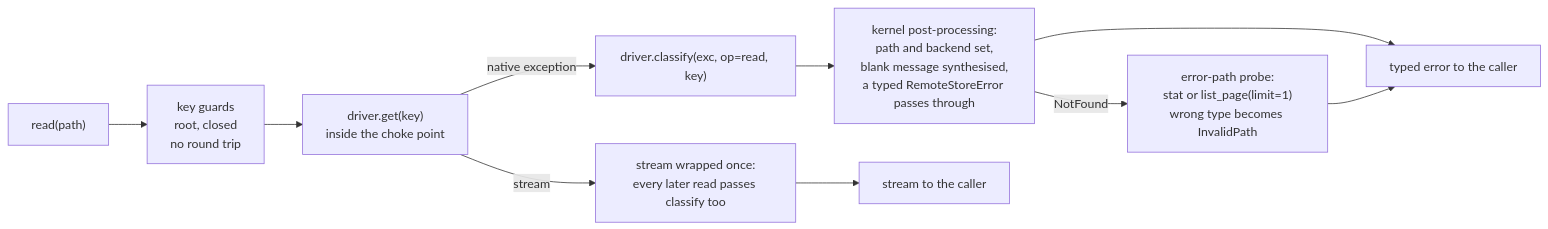
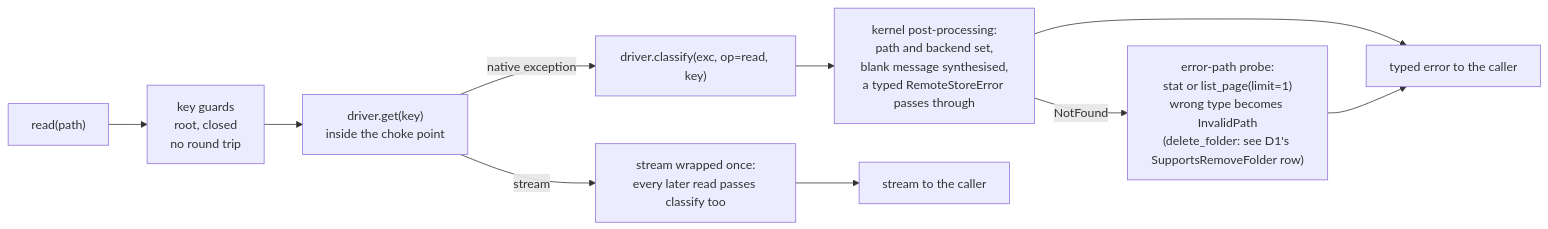
The second of 2 diagrams in sdd/rfcs/rfc-0017-contract-kernel-over-thin-drivers.md (haalfi/remote-store), drawn with Mermaid before and after one commit. The commit also changed other lines of this file and 5 other files, not shown here.

First line of the commit message:
BK-389: Round 3 fixes: decision 8's error path as a table, one owner per clause

````diff
--- a/sdd/rfcs/rfc-0017-contract-kernel-over-thin-drivers.md
+++ b/sdd/rfcs/rfc-0017-contract-kernel-over-thin-drivers.md
@@ -301,12 +305,12 @@
 ```mermaid
 flowchart LR
   call["read(path)"] --> guard["key guards<br/>root, closed<br/>no round trip"]
   guard --> prim["driver.get(key)<br/>inside the choke point"]
   prim -->|stream| wrap["stream wrapped once:<br/>every later read passes classify too"]
   prim -->|native exception| cls["driver.classify(exc, op=read, key)"]
   cls --> post["kernel post-processing:<br/>path and backend set,<br/>blank message synthesised,<br/>a typed RemoteStoreError passes through"]
-  post -->|NotFound| probe["error-path probe:<br/>stat or list_page(limit=1)<br/>wrong type becomes InvalidPath"]
+  post -->|NotFound| probe["error-path probe:<br/>stat or list_page(limit=1)<br/>wrong type becomes InvalidPath<br/>(delete_folder: see D1's SupportsRemoveFolder row)"]
   post --> raise["typed error to the caller"]
   probe --> raise
   wrap --> caller["stream to the caller"]
 ```
````
